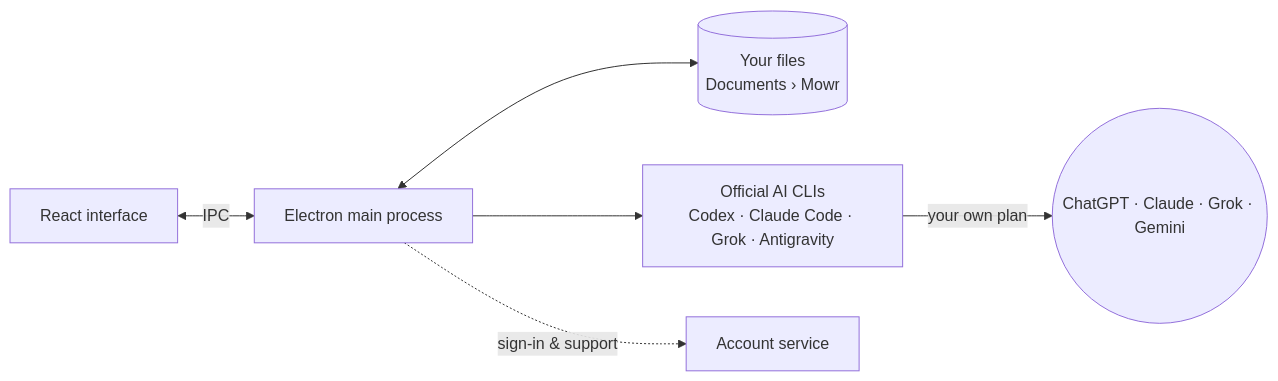
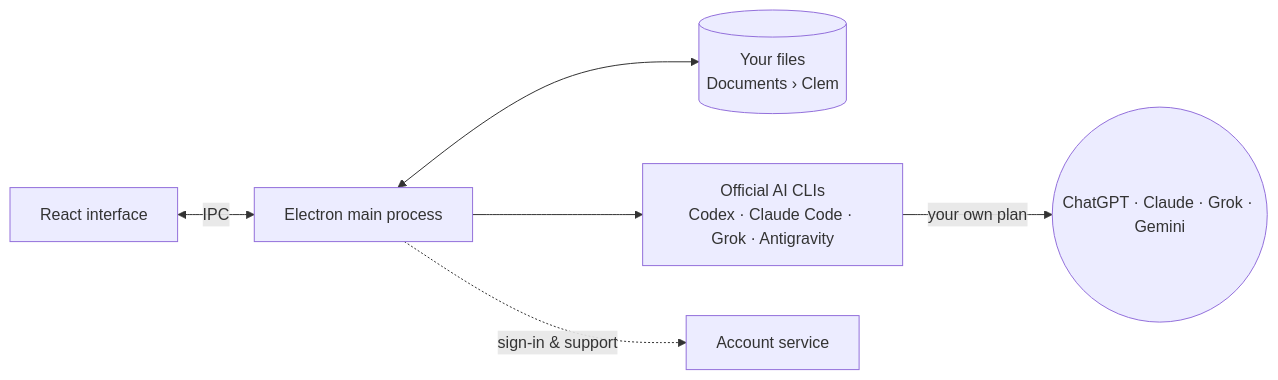
One commit to mowfxy/clem changed the diagram in README.md. Above: the diagram before and after it, drawn with Mermaid. The commit also changed other lines of this file and 470 other files, not shown here.

````diff
--- a/README.md
+++ b/README.md
@@ -106,8 +108,8 @@
 ```mermaid
 flowchart LR
   UI["React interface"] <-- IPC --> Main["Electron main process"]
-  Main <--> Files[("Your files<br/>Documents › Mowr")]
+  Main <--> Files[("Your files<br/>Documents › Clem")]
   Main --> CLI["Official AI CLIs<br/>Codex · Claude Code · Grok · Antigravity"]
   CLI -- "your own plan" --> AI(("ChatGPT · Claude · Grok · Gemini"))
   Main -. "sign-in & support" .-> Acc["Account service"]
 ```
````
